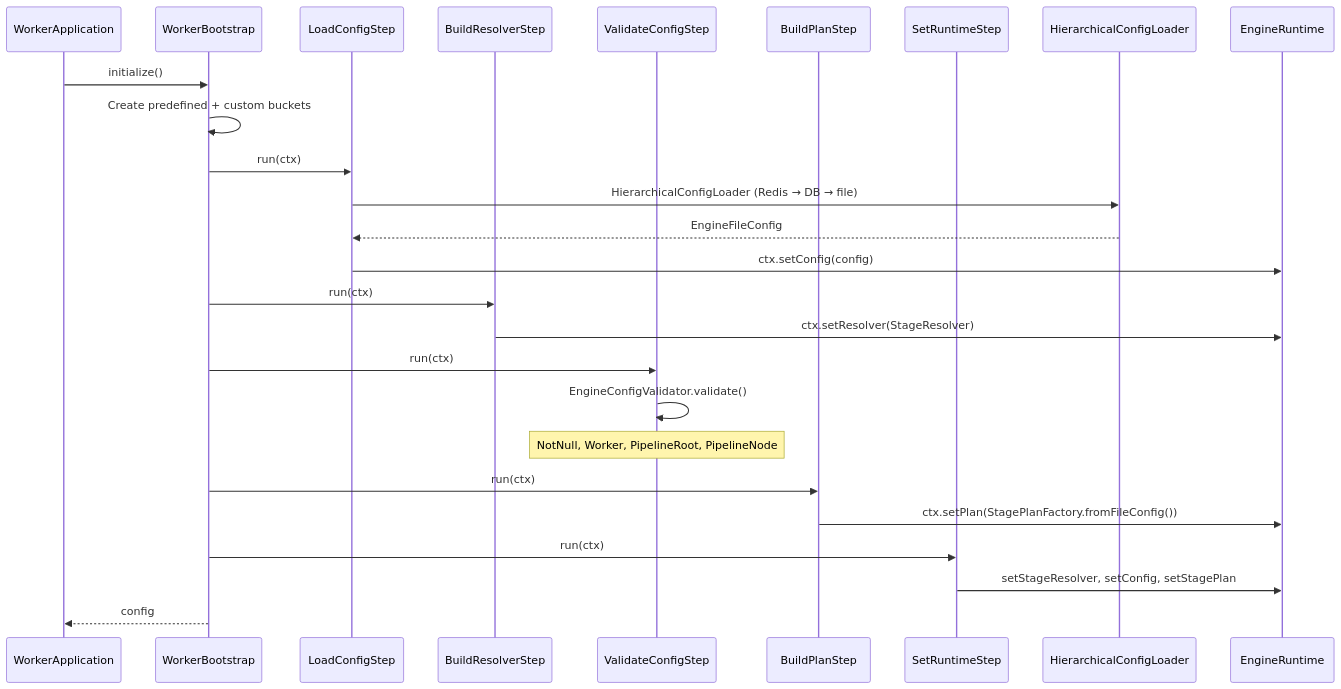
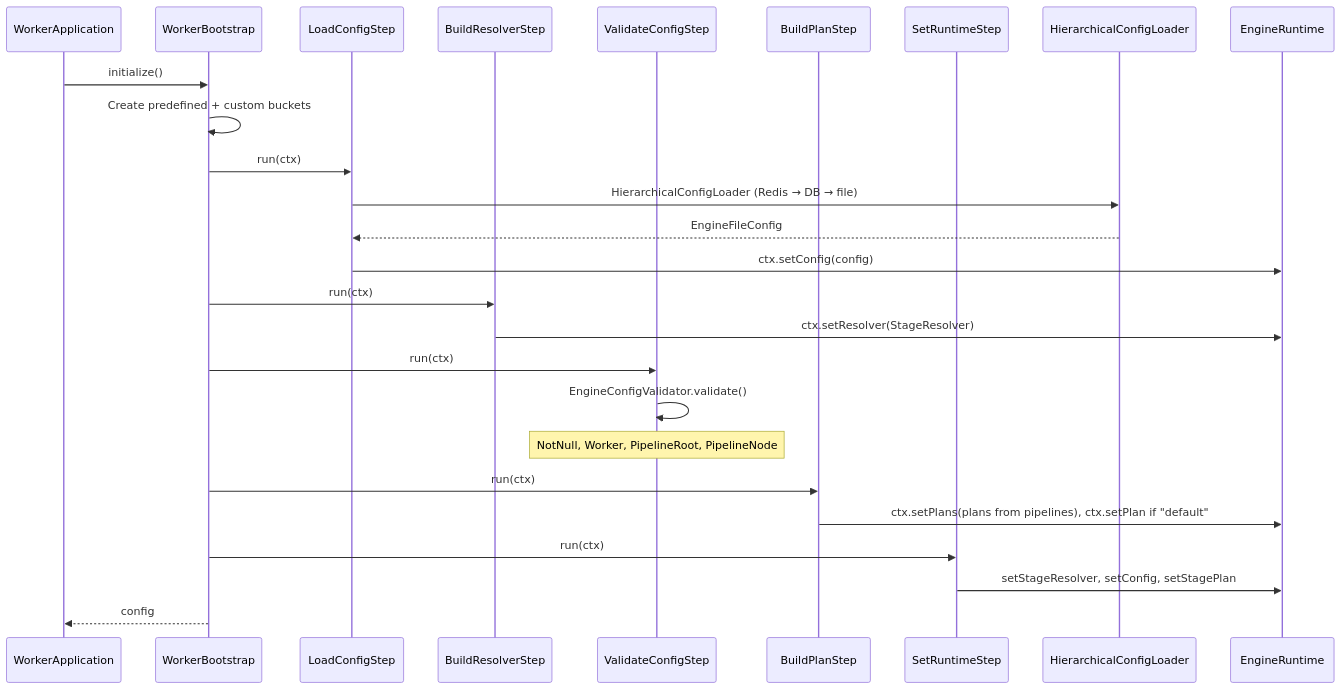
The fourth of 7 diagrams in docs/architecture.md (OpenLLMOrchestrator/Open-LLM-Orchestrator-Worker), drawn with Mermaid before and after one commit. The commit also changed other lines of this file and 65 other files, not shown here.

````diff
--- a/docs/architecture.md
+++ b/docs/architecture.md
@@ -191,35 +191,35 @@
 ```mermaid
 sequenceDiagram
     participant App as WorkerApplication
     participant WB as WorkerBootstrap
     participant Load as LoadConfigStep
     participant BuildR as BuildResolverStep
     participant Valid as ValidateConfigStep
     participant BuildP as BuildPlanStep
     participant SetR as SetRuntimeStep
     participant Loader as HierarchicalConfigLoader
     participant Runtime as EngineRuntime
 
     App->>WB: initialize()
     WB->>WB: Create predefined + custom buckets
 
     WB->>Load: run(ctx)
     Load->>Loader: HierarchicalConfigLoader (Redis → DB → file)
     Loader-->>Load: EngineFileConfig
     Load->>Runtime: ctx.setConfig(config)
 
     WB->>BuildR: run(ctx)
     BuildR->>Runtime: ctx.setResolver(StageResolver)
 
     WB->>Valid: run(ctx)
     Valid->>Valid: EngineConfigValidator.validate()
     Note over Valid: NotNull, Worker, PipelineRoot, PipelineNode
 
     WB->>BuildP: run(ctx)
-    BuildP->>Runtime: ctx.setPlan(StagePlanFactory.fromFileConfig())
+    BuildP->>Runtime: ctx.setPlans(plans from pipelines), ctx.setPlan if "default"
 
     WB->>SetR: run(ctx)
     SetR->>Runtime: setStageResolver, setConfig, setStagePlan
 
     WB-->>App: config
 ```
````
